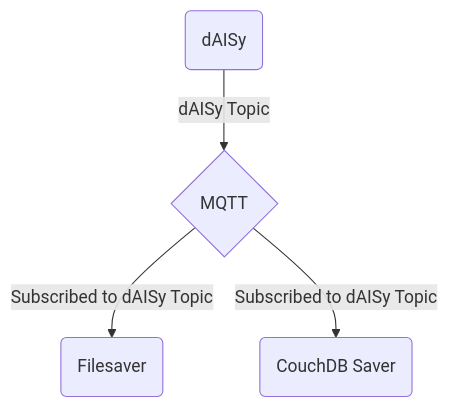
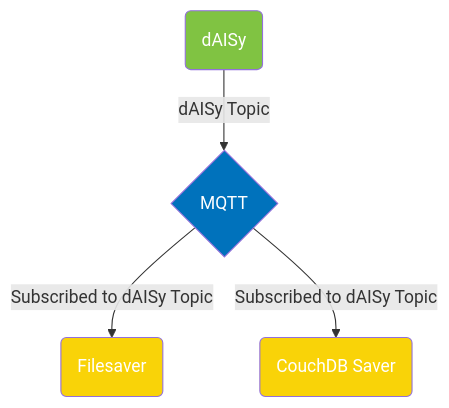
Before and after one commit to IQTLabs/edgetech-daisy: the diagram in README.md, drawn with Mermaid.

Commit message:
flowchart updates

````diff
--- a/README.md
+++ b/README.md
@@ -76,8 +74,13 @@
 ```mermaid 
 
 flowchart TD
     daisy(dAISy) -- dAISy Topic --> mqtt{MQTT}
     mqtt{MQTT} -- Subscribed to dAISy Topic --> filesaver(Filesaver)
     mqtt{MQTT} -- Subscribed to dAISy Topic -->  couchdbsaver(CouchDB Saver)
 
+style mqtt fill:#0072bc,color:#ffffff
+style daisy fill:#80c342,color:#ffffff
+style couchdbsaver fill:#F9D308,color:#ffffff
+style filesaver fill:#F9D308,color:#ffffff
+
 ```
````
